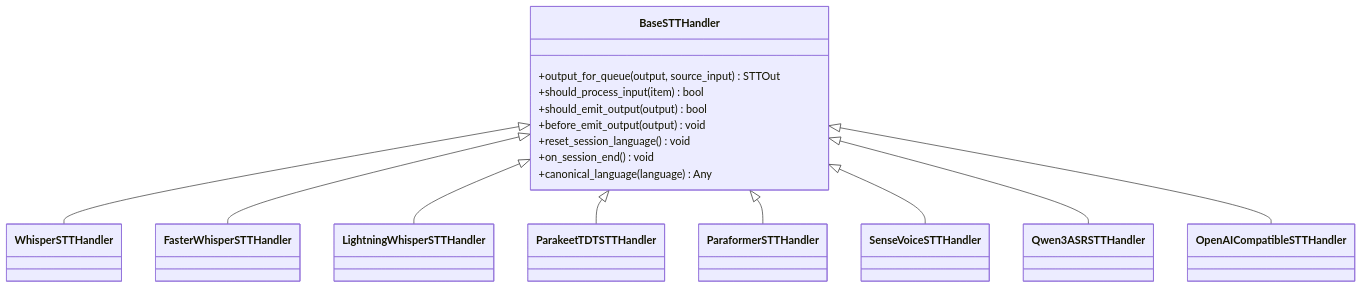
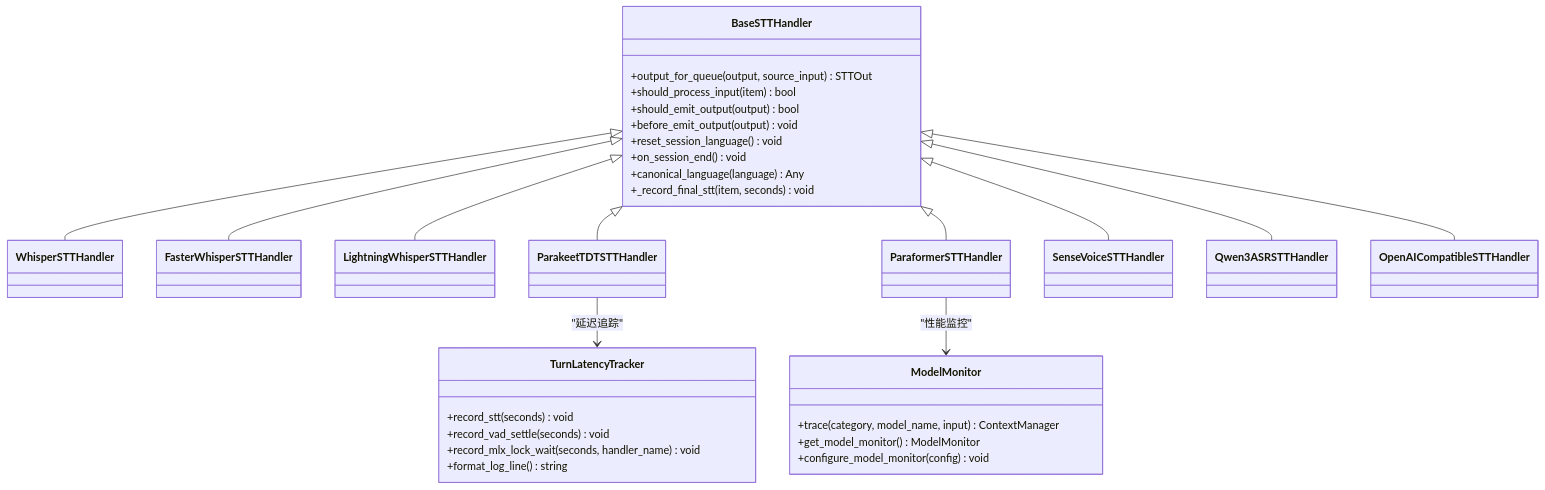
The seventh of 7 diagrams in .qoder/repowiki/zh/content/语音转文字 (STT)/语音转文字 (STT).md (joezxh/speech-to-speech), drawn with Mermaid before and after one commit. The commit also changed other lines of this file and 1743 other files, not shown here.

````diff
--- a/.qoder/repowiki/zh/content/语音转文字 (STT)/语音转文字 (STT).md
+++ b/.qoder/repowiki/zh/content/语音转文字 (STT)/语音转文字 (STT).md
@@ -311,28 +350,42 @@
 ```mermaid
 classDiagram
 class BaseSTTHandler {
 +output_for_queue(output, source_input) STTOut
 +should_process_input(item) bool
 +should_emit_output(output) bool
 +before_emit_output(output) void
 +reset_session_language() void
 +on_session_end() void
 +canonical_language(language) Any
++_record_final_stt(item, seconds) void
 }
 class WhisperSTTHandler
 class FasterWhisperSTTHandler
 class LightningWhisperSTTHandler
 class ParakeetTDTSTTHandler
 class ParaformerSTTHandler
 class SenseVoiceSTTHandler
 class Qwen3ASRSTTHandler
 class OpenAICompatibleSTTHandler
+class ModelMonitor {
++trace(category, model_name, input) ContextManager
++get_model_monitor() ModelMonitor
++configure_model_monitor(config) void
+}
+class TurnLatencyTracker {
++record_stt(seconds) void
++record_vad_settle(seconds) void
++record_mlx_lock_wait(seconds, handler_name) void
++format_log_line() string
+}
 BaseSTTHandler <|-- WhisperSTTHandler
 BaseSTTHandler <|-- FasterWhisperSTTHandler
 BaseSTTHandler <|-- LightningWhisperSTTHandler
 BaseSTTHandler <|-- ParakeetTDTSTTHandler
 BaseSTTHandler <|-- ParaformerSTTHandler
 BaseSTTHandler <|-- SenseVoiceSTTHandler
 BaseSTTHandler <|-- Qwen3ASRSTTHandler
 BaseSTTHandler <|-- OpenAICompatibleSTTHandler
+ParaformerSTTHandler --> ModelMonitor : "性能监控"
+ParakeetTDTSTTHandler --> TurnLatencyTracker : "延迟追踪"
 ```
````
